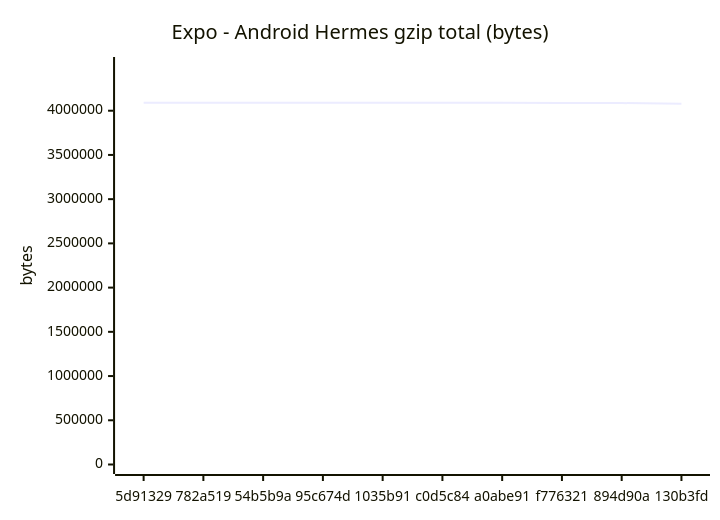
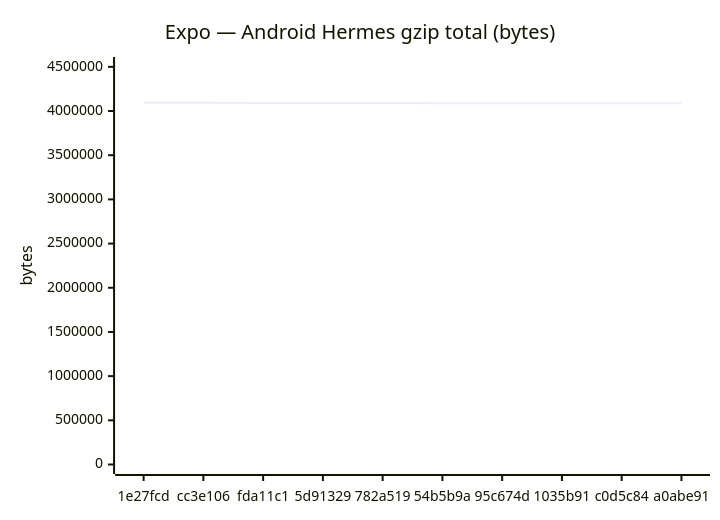
One commit to Metaheurist/Rianell changed the fifth of 18 diagrams in benchmarks/compare.md. Above: the diagram before and after it, drawn with Mermaid. The commit also changed other lines of this file and 12 other files, not shown here.

````diff
--- a/benchmarks/compare.md
+++ b/benchmarks/compare.md
@@ -89,7 +89,7 @@
 ```mermaid
 xychart-beta
-    title "Expo - Android Hermes gzip total (bytes)"
-    x-axis ["5d91329", "782a519", "54b5b9a", "95c674d", "1035b91", "c0d5c84", "a0abe91", "f776321", "894d90a", "130b3fd"]
-    y-axis "bytes" 0 --> 4499866
-    line [4090787, 4090360, 4089313, 4088814, 4088813, 4088813, 4088812, 4085830, 4086643, 4077332]
+    title "Expo — Android Hermes gzip total (bytes)"
+    x-axis ["1e27fcd", "cc3e106", "fda11c1", "5d91329", "782a519", "54b5b9a", "95c674d", "1035b91", "c0d5c84", "a0abe91"]
+    y-axis "bytes" 0 --> 4503912
+    line [4094465, 4094465, 4090789, 4090787, 4090360, 4089313, 4088814, 4088813, 4088813, 4088812]
 ```
````
